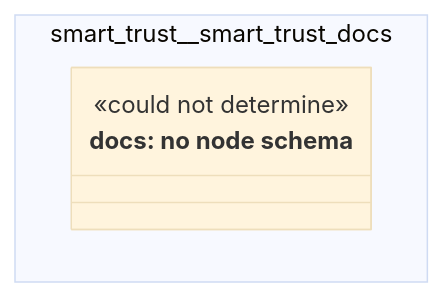
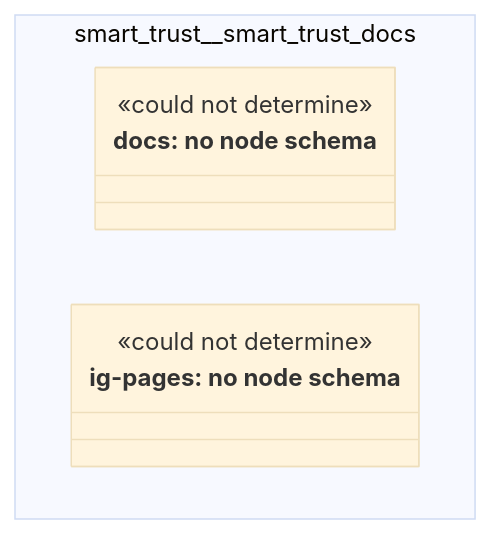
One commit to litlfred/folio-assistant changed the diagram in cat-harness/docs/uml/overview/smart-trust/smart-trust-docs.md. Above: the diagram before and after it, drawn with Mermaid (base theme). The commit also changed other lines of this file and 36 other files, not shown here.

First line of the commit message:
nama step 3: gen-ig-pages @covers ig-pages; regenerate UML and site data for the new kind

````diff
--- a/cat-harness/docs/uml/overview/smart-trust/smart-trust-docs.md
+++ b/cat-harness/docs/uml/overview/smart-trust/smart-trust-docs.md
@@ -42,11 +42,16 @@
 ```mermaid
 classDiagram
   direction TB
   namespace smart_trust__smart_trust_docs {
     class n_smart_trust_smart_trust_docs_docs["docs: no node schema"] {
       <<could not determine>>
     }
+    class n_smart_trust_smart_trust_docs_ig_pages["ig-pages: no node schema"] {
+      <<could not determine>>
+    }
   }
   cssClass "n_smart_trust_smart_trust_docs_docs" fa_uml_kind_docs
   cssClass "n_smart_trust_smart_trust_docs_docs" fa_uml_undetermined
+  cssClass "n_smart_trust_smart_trust_docs_ig_pages" fa_uml_kind_ig_pages
+  cssClass "n_smart_trust_smart_trust_docs_ig_pages" fa_uml_undetermined
 ```
````
